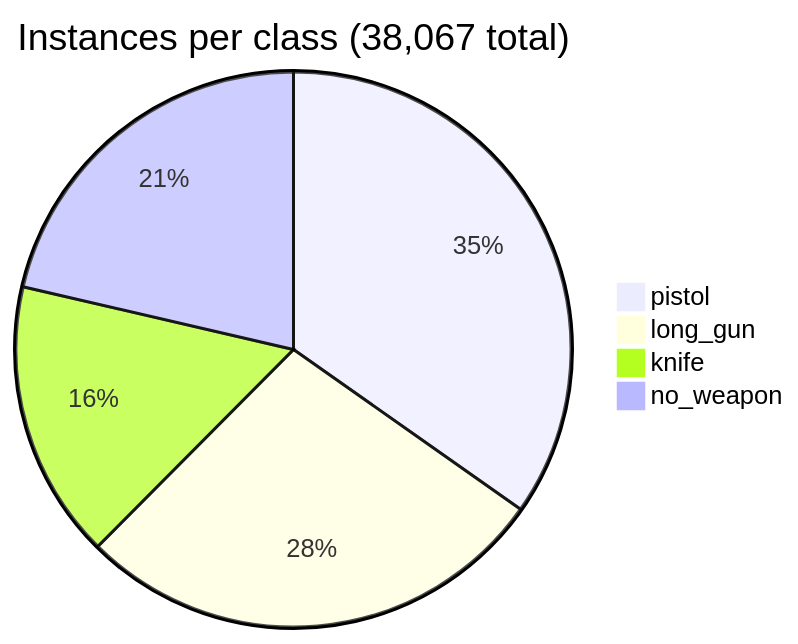
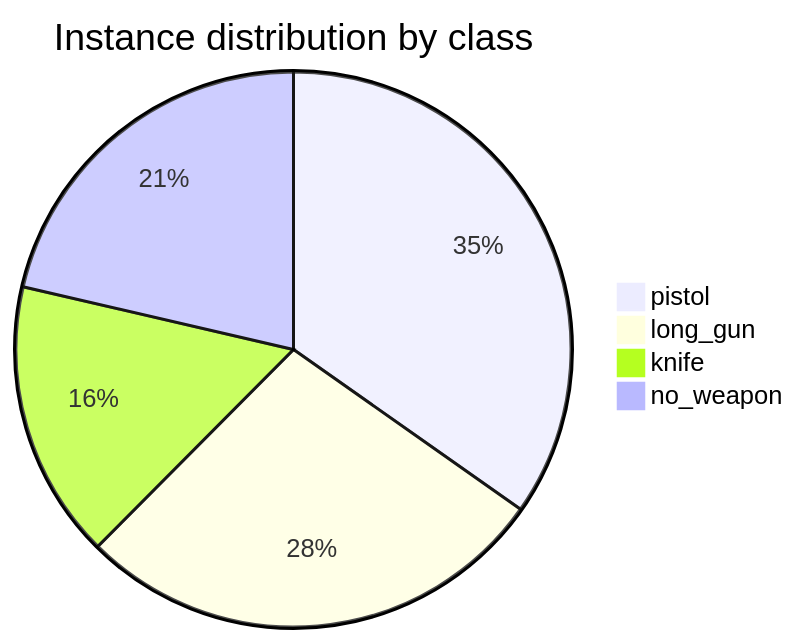
Before and after one commit to CostiCatargiu/Yolov12_WeaponDetection: the first of 5 diagrams in Readme.md, drawn with Mermaid. The commit also changed other lines of this file, not shown here.

````diff
--- a/Readme.md
+++ b/Readme.md
@@ -505,7 +155,7 @@
 ```mermaid
-pie title Instances per class (38,067 total)
+pie title Instance distribution by class
     "pistol" : 13232
     "long_gun" : 10541
     "knife" : 6158
     "no_weapon" : 8136
 ```
````
